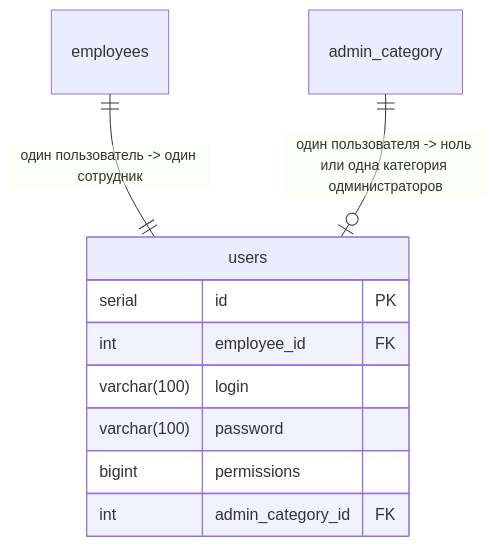
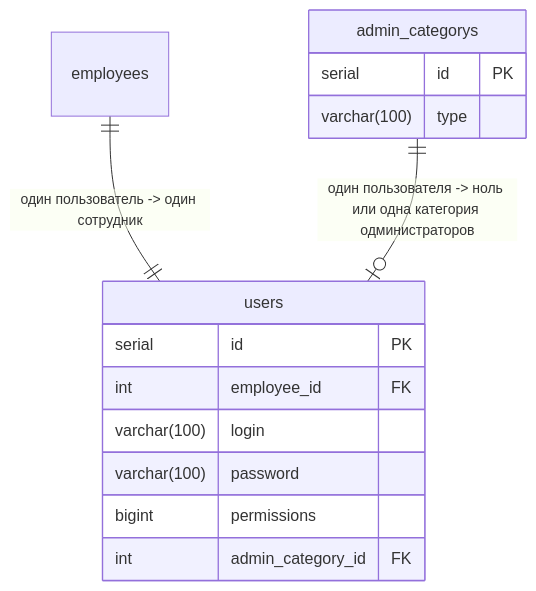
One commit to DRUsmanov/the_system_project changed the first of 11 diagrams in README.md. Above: the diagram before and after it, drawn with Mermaid. The commit also changed other lines of this file, not shown here.

````diff
--- a/README.md
+++ b/README.md
@@ -19,14 +26,19 @@
 ```mermaid
 erDiagram
 users{
 serial id PK
 int employee_id FK
 varchar(100) login
 varchar(100) password
 bigint permissions
 int admin_category_id FK
 }
 
+admin_categorys{
+serial id PK
+varchar(100) type
+}
+
 employees ||--|| users : "один пользователь -> один сотрудник"
-admin_category ||--o| users : "один пользователя -> ноль или одна категория одминистраторов"
+admin_categorys ||--o| users : "один пользователя -> ноль или одна категория одминистраторов"
 ```
````
